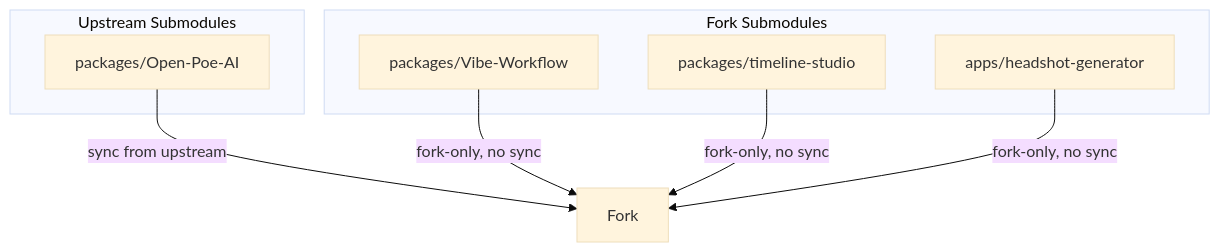
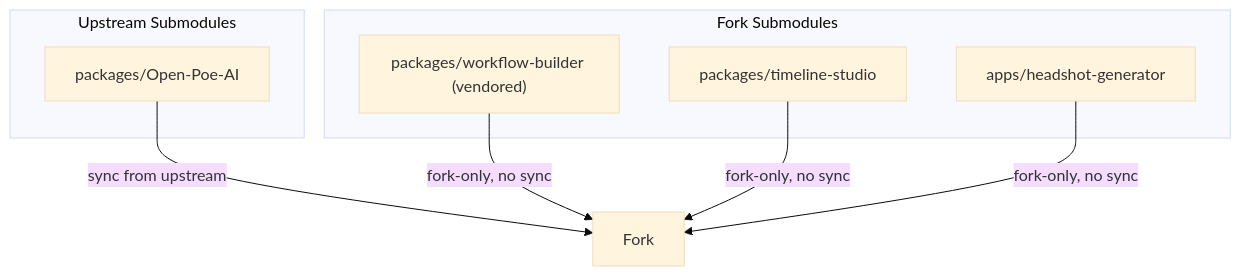
One commit to deangilmoreremix/OpenHiggsBolt changed the third of 4 diagrams in docs/upstream-sync-runbook.md. Above: the diagram before and after it, drawn with Mermaid (base theme). The commit also changed other lines of this file and 44 other files, not shown here.

First line of the commit message:
Replace the Vibe-Workflow submodule with a vendored copy of the workflow editor

````diff
--- a/docs/upstream-sync-runbook.md
+++ b/docs/upstream-sync-runbook.md
@@ -99,17 +99,17 @@
 ```mermaid
 flowchart TB
     subgraph Upstream_Submodules["Upstream Submodules"]
         S1["packages/Open-Poe-AI"]
     end
 
     subgraph Fork_Submodules["Fork Submodules"]
-        S3["packages/Vibe-Workflow"]
+        S3["packages/workflow-builder (vendored)"]
         S4["packages/timeline-studio"]
         S5["apps/headshot-generator"]
     end
 
     S1 -- "sync from upstream" --> F[Fork]
     S3 -- "fork-only, no sync" --> F
     S4 -- "fork-only, no sync" --> F
     S5 -- "fork-only, no sync" --> F
 ```
````
